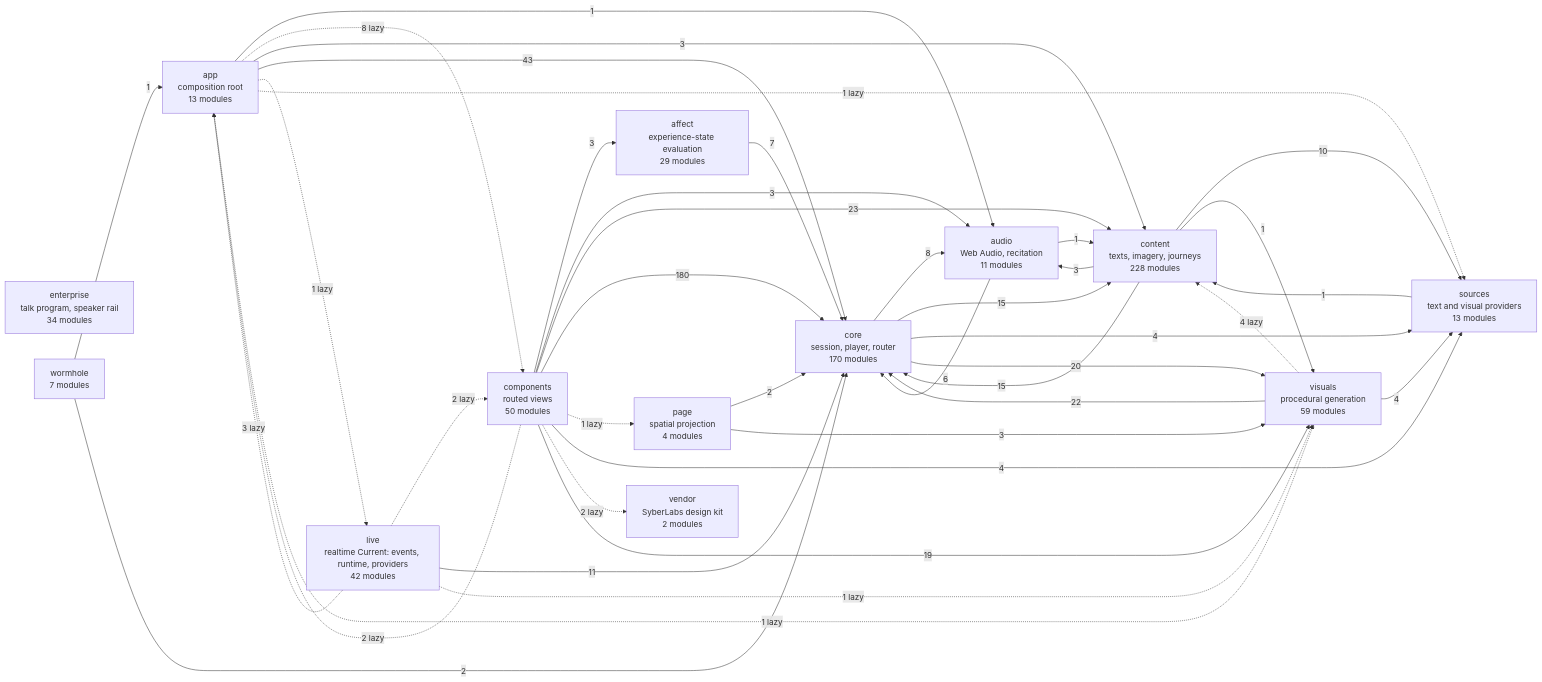
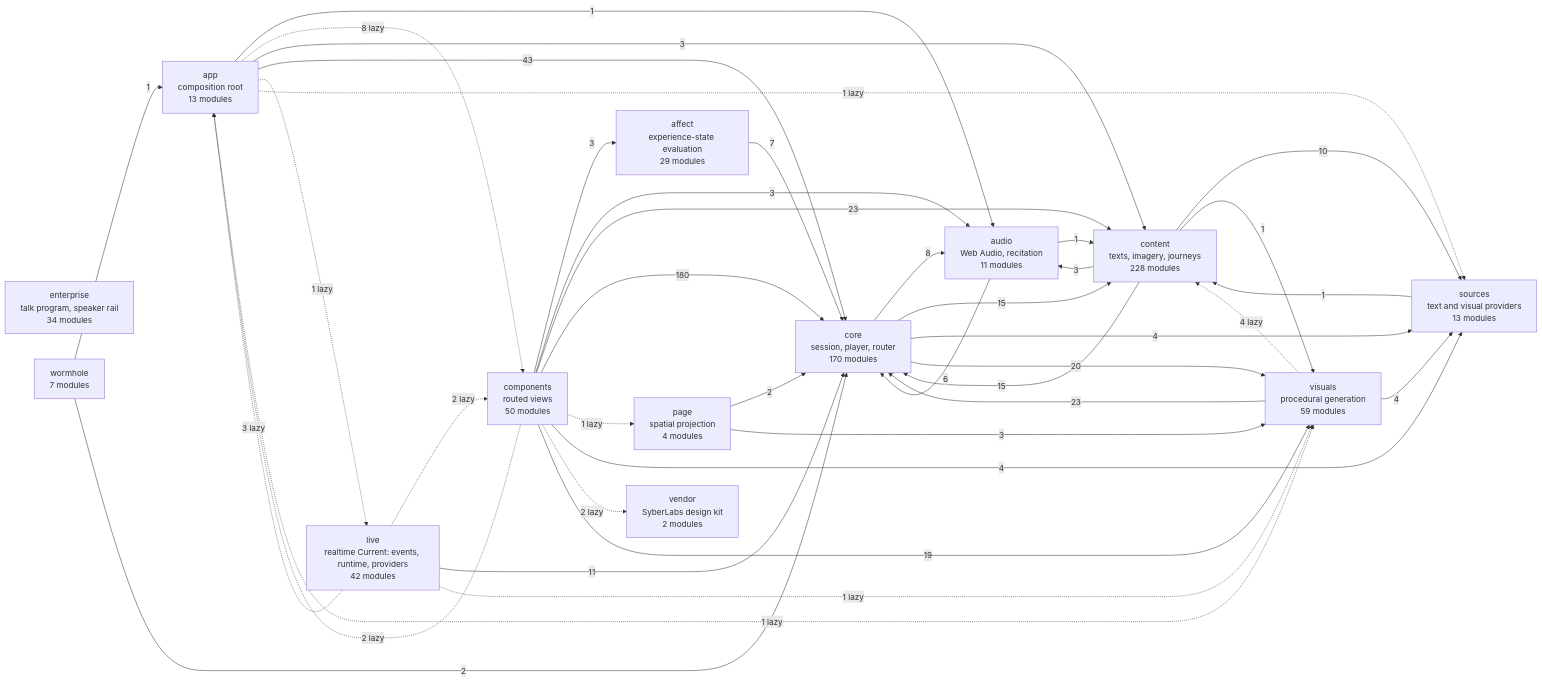
Before and after one commit to SyberLabs/RISE: the diagram in docs/specs/ARCHITECTURE.md, drawn with Mermaid. The commit also changed 8 other files, not shown here.

````diff
--- a/docs/specs/ARCHITECTURE.md
+++ b/docs/specs/ARCHITECTURE.md
@@ -154,56 +154,56 @@
 ```mermaid
 flowchart LR
     affect["affect<br/>experience-state evaluation<br/>29 modules"]
     app["app<br/>composition root<br/>13 modules"]
     audio["audio<br/>Web Audio, recitation<br/>11 modules"]
     components["components<br/>routed views<br/>50 modules"]
     content["content<br/>texts, imagery, journeys<br/>228 modules"]
     core["core<br/>session, player, router<br/>170 modules"]
     enterprise["enterprise<br/>talk program, speaker rail<br/>34 modules"]
     live["live<br/>realtime Current: events, runtime, providers<br/>42 modules"]
     page["page<br/>spatial projection<br/>4 modules"]
     sources["sources<br/>text and visual providers<br/>13 modules"]
     vendor["vendor<br/>SyberLabs design kit<br/>2 modules"]
     visuals["visuals<br/>procedural generation<br/>59 modules"]
     wormhole["wormhole<br/>7 modules"]
 
     affect --> |7| core
     app --> |1| audio
     app -.-> |8 lazy| components
     app --> |3| content
     app --> |43| core
     app -.-> |1 lazy| live
     app -.-> |1 lazy| sources
     app -.-> |1 lazy| visuals
     audio --> |1| content
     audio --> |6| core
     components --> |3| affect
     components -.-> |2 lazy| app
     components --> |3| audio
     components --> |23| content
     components --> |180| core
     components -.-> |1 lazy| page
     components --> |4| sources
     components -.-> |2 lazy| vendor
     components --> |19| visuals
     content --> |3| audio
     content --> |15| core
     content --> |10| sources
     content --> |1| visuals
     core --> |8| audio
     core --> |15| content
     core --> |4| sources
     core --> |20| visuals
     live -.-> |3 lazy| app
     live -.-> |2 lazy| components
     live --> |11| core
     live -.-> |1 lazy| visuals
     page --> |2| core
     page --> |3| visuals
     sources --> |1| content
     visuals -.-> |4 lazy| content
-    visuals --> |22| core
+    visuals --> |23| core
     visuals --> |4| sources
     wormhole --> |1| app
     wormhole --> |2| core
 ```
````
